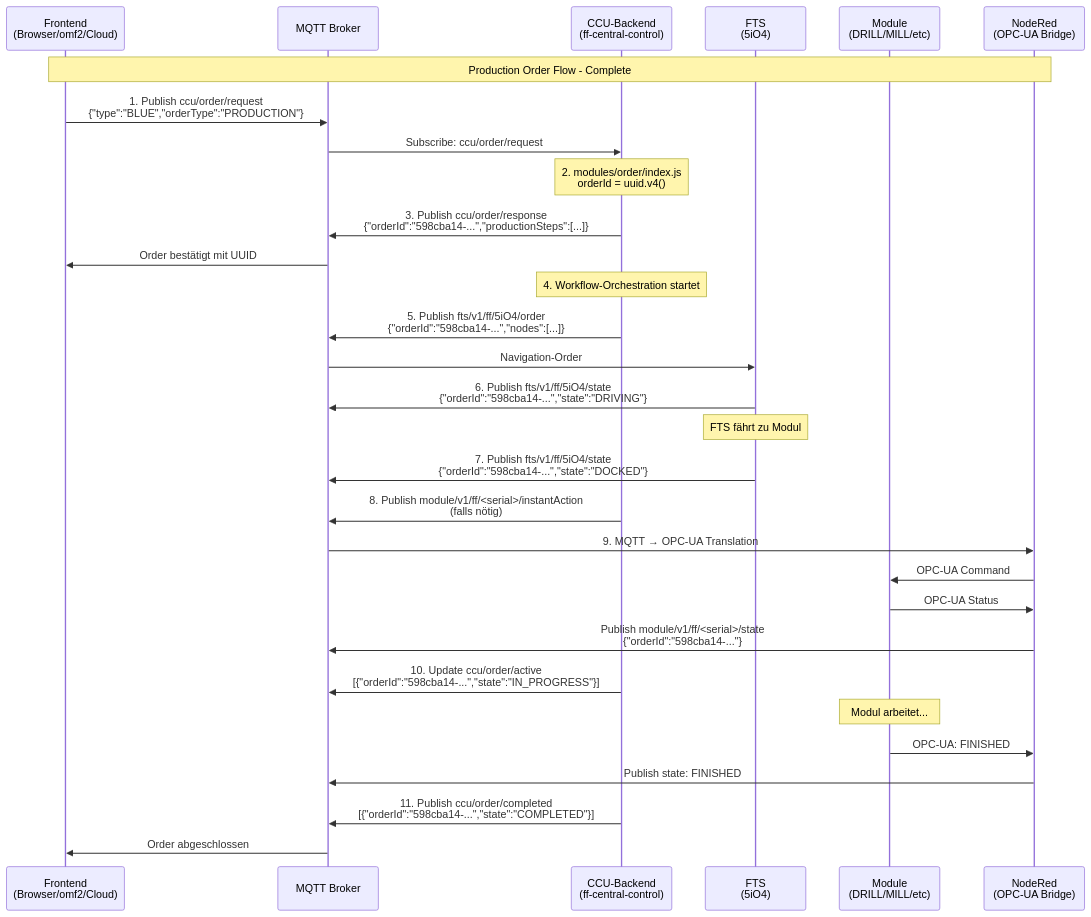
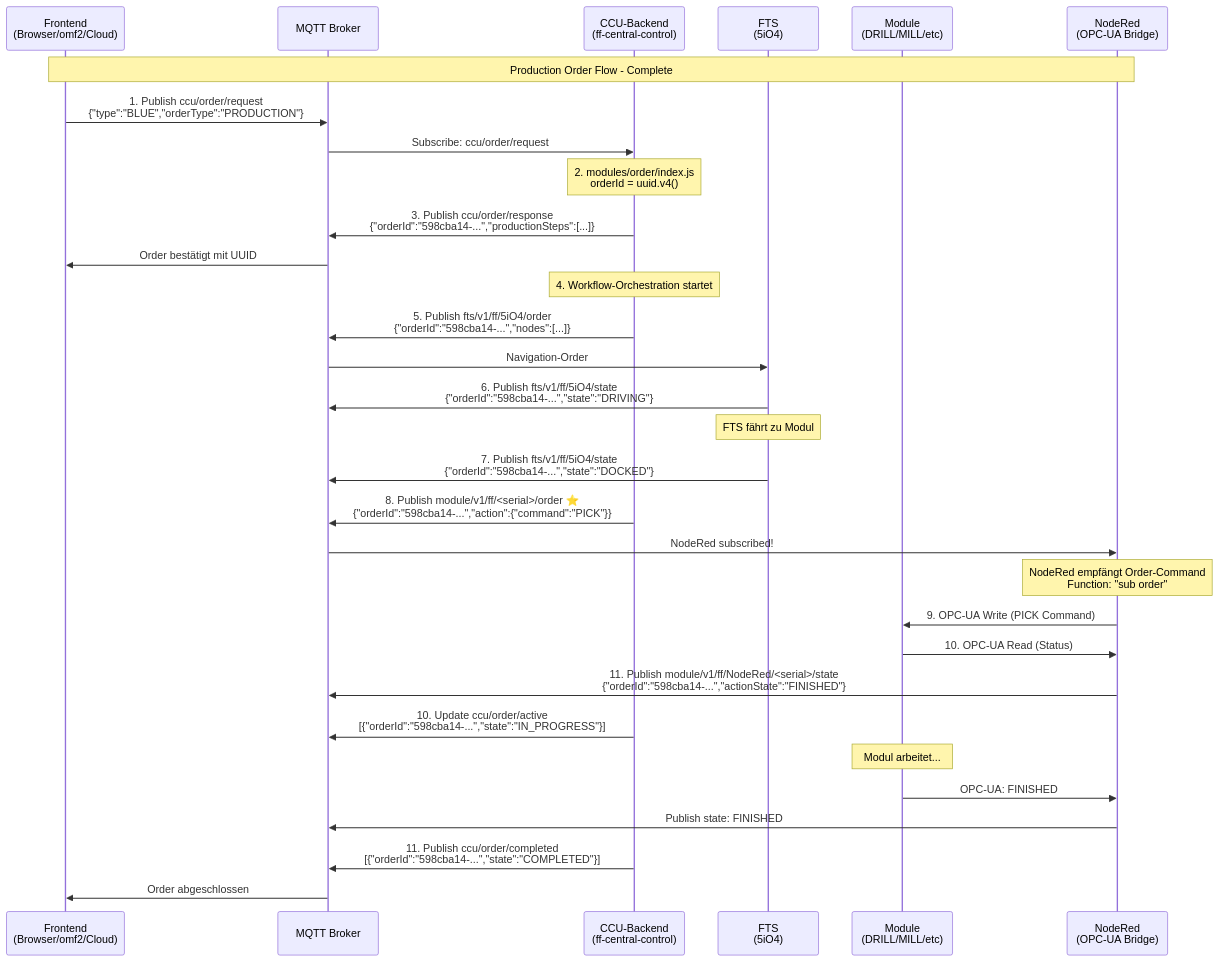
The diagram in docs/06-integrations/00-REFERENCE/ccu-backend-orchestration.md (OliverBerger-ORBIS/ORBIS-Modellfabrik), drawn with Mermaid before and after one commit. The commit also changed other lines of this file and 18 other files, not shown here.

````diff
--- a/docs/06-integrations/00-REFERENCE/ccu-backend-orchestration.md
+++ b/docs/06-integrations/00-REFERENCE/ccu-backend-orchestration.md
@@ -212,47 +212,49 @@
 ```mermaid
 sequenceDiagram
     participant Frontend as Frontend<br/>(Browser/omf2/Cloud)
     participant MQTT as MQTT Broker
     participant CCU as CCU-Backend<br/>(ff-central-control)
     participant FTS as FTS<br/>(5iO4)
     participant Module as Module<br/>(DRILL/MILL/etc)
     participant NodeRed as NodeRed<br/>(OPC-UA Bridge)
     
     Note over Frontend,NodeRed: Production Order Flow - Complete
     
     Frontend->>MQTT: 1. Publish ccu/order/request<br/>{"type":"BLUE","orderType":"PRODUCTION"}
     MQTT->>CCU: Subscribe: ccu/order/request
     
     Note over CCU: 2. modules/order/index.js<br/>orderId = uuid.v4()
     
     CCU->>MQTT: 3. Publish ccu/order/response<br/>{"orderId":"598cba14-...","productionSteps":[...]}
     MQTT->>Frontend: Order bestätigt mit UUID
     
     Note over CCU: 4. Workflow-Orchestration startet
     
     CCU->>MQTT: 5. Publish fts/v1/ff/5iO4/order<br/>{"orderId":"598cba14-...","nodes":[...]}
     MQTT->>FTS: Navigation-Order
     
     FTS->>MQTT: 6. Publish fts/v1/ff/5iO4/state<br/>{"orderId":"598cba14-...","state":"DRIVING"}
     
     Note over FTS: FTS fährt zu Modul
     
     FTS->>MQTT: 7. Publish fts/v1/ff/5iO4/state<br/>{"orderId":"598cba14-...","state":"DOCKED"}
     
-    CCU->>MQTT: 8. Publish module/v1/ff/<serial>/instantAction<br/>(falls nötig)
+    CCU->>MQTT: 8. Publish module/v1/ff/<serial>/order ⭐<br/>{"orderId":"598cba14-...","action":{"command":"PICK"}}
+    MQTT->>NodeRed: NodeRed subscribed!
     
-    MQTT->>NodeRed: 9. MQTT → OPC-UA Translation
-    NodeRed->>Module: OPC-UA Command
-    Module->>NodeRed: OPC-UA Status
-    NodeRed->>MQTT: Publish module/v1/ff/<serial>/state<br/>{"orderId":"598cba14-..."}
+    Note over NodeRed: NodeRed empfängt Order-Command<br/>Function: "sub order"
+    
+    NodeRed->>Module: 9. OPC-UA Write (PICK Command)
+    Module->>NodeRed: 10. OPC-UA Read (Status)
+    NodeRed->>MQTT: 11. Publish module/v1/ff/NodeRed/<serial>/state<br/>{"orderId":"598cba14-...","actionState":"FINISHED"}
     
     CCU->>MQTT: 10. Update ccu/order/active<br/>[{"orderId":"598cba14-...","state":"IN_PROGRESS"}]
     
     Note over Module: Modul arbeitet...
     
     Module->>NodeRed: OPC-UA: FINISHED
     NodeRed->>MQTT: Publish state: FINISHED
     
     CCU->>MQTT: 11. Publish ccu/order/completed<br/>[{"orderId":"598cba14-...","state":"COMPLETED"}]
     MQTT->>Frontend: Order abgeschlossen
 ```
````
